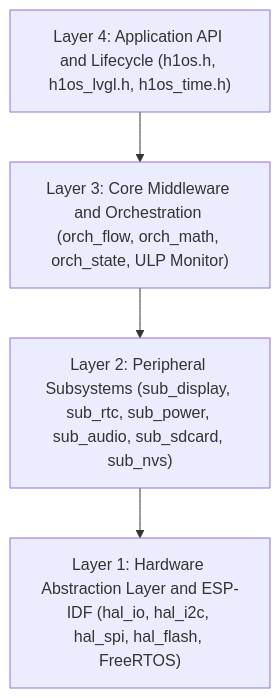
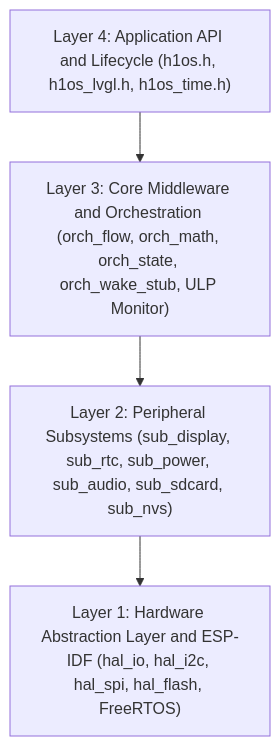
Before and after one commit to Humidyne-Labs/H1OS: the diagram in README.md, drawn with Mermaid. The commit also changed other lines of this file and 39 other files, not shown here.

````diff
--- a/README.md
+++ b/README.md
@@ -70,11 +71,11 @@
 ```mermaid
 graph TD
     L4["Layer 4: Application API and Lifecycle (h1os.h, h1os_lvgl.h, h1os_time.h)"]
-    L3["Layer 3: Core Middleware and Orchestration (orch_flow, orch_math, orch_state, ULP Monitor)"]
+    L3["Layer 3: Core Middleware and Orchestration (orch_flow, orch_math, orch_state, orch_wake_stub, ULP Monitor)"]
     L2["Layer 2: Peripheral Subsystems (sub_display, sub_rtc, sub_power, sub_audio, sub_sdcard, sub_nvs)"]
     L1["Layer 1: Hardware Abstraction Layer and ESP-IDF (hal_io, hal_i2c, hal_spi, hal_flash, FreeRTOS)"]
     L4 --> L3
     L3 --> L2
     L2 --> L1
 
 ```
````
